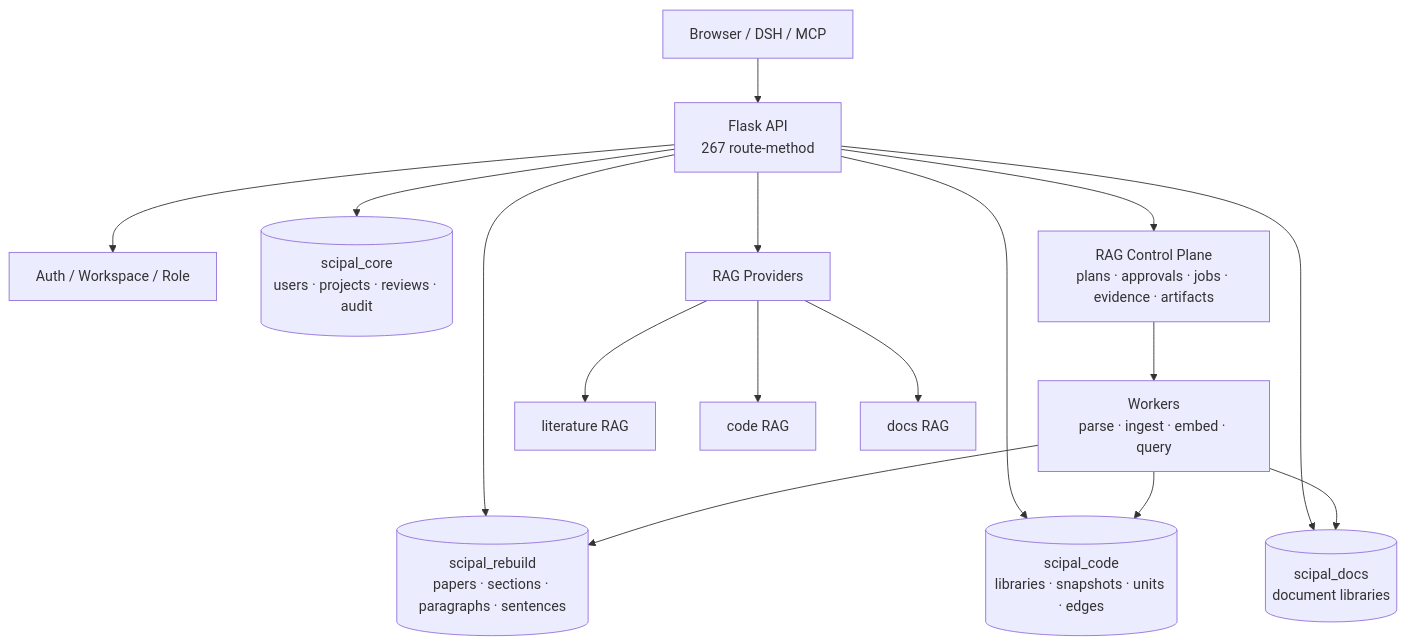
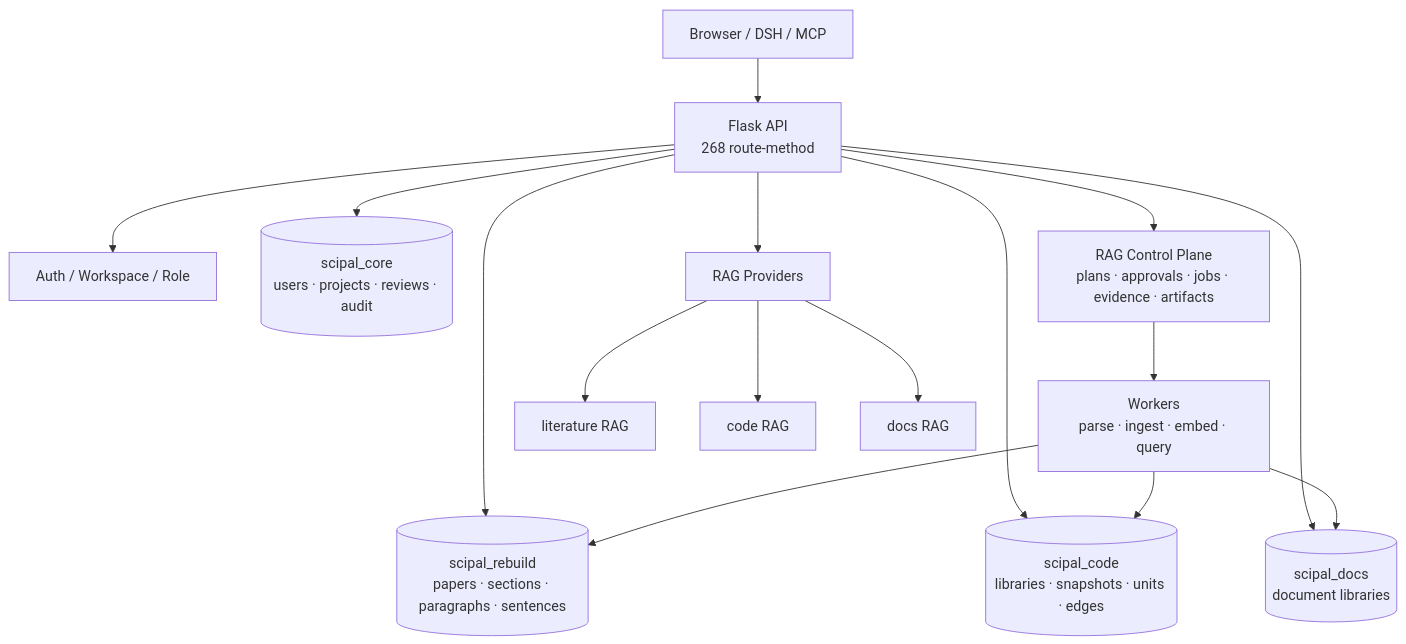
The first of 2 diagrams in README.md (williamchen520/sci-pal), drawn with Mermaid before and after one commit. The commit also changed other lines of this file and 11 other files, not shown here.

Commit message:
feat: add paper section API and MCP tool

````diff
--- a/README.md
+++ b/README.md
@@ -77,20 +77,20 @@
 ```mermaid
 flowchart TB
-    U["Browser / DSH / MCP"] --> API["Flask API<br/>267 route-method"]
+    U["Browser / DSH / MCP"] --> API["Flask API<br/>268 route-method"]
     API --> AUTH["Auth / Workspace / Role"]
     API --> CORE[("scipal_core<br/>users · projects · reviews · audit")]
     API --> CORPUS[("scipal_rebuild<br/>papers · sections · paragraphs · sentences")]
     API --> CODE[("scipal_code<br/>libraries · snapshots · units · edges")]
     API --> DOCS[("scipal_docs<br/>document libraries")]
 
     API --> CP["RAG Control Plane<br/>plans · approvals · jobs · evidence · artifacts"]
     CP --> WORKER["Workers<br/>parse · ingest · embed · query"]
     WORKER --> CORPUS
     WORKER --> CODE
     WORKER --> DOCS
 
     API --> PROV["RAG Providers"]
     PROV --> LIT["literature RAG"]
     PROV --> CRAG["code RAG"]
     PROV --> DRAG["docs RAG"]
 ```
````
